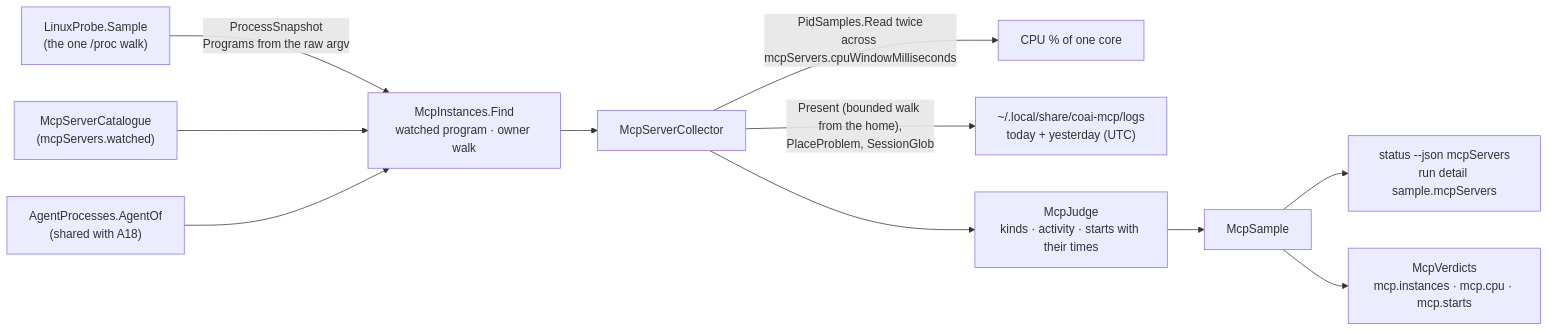
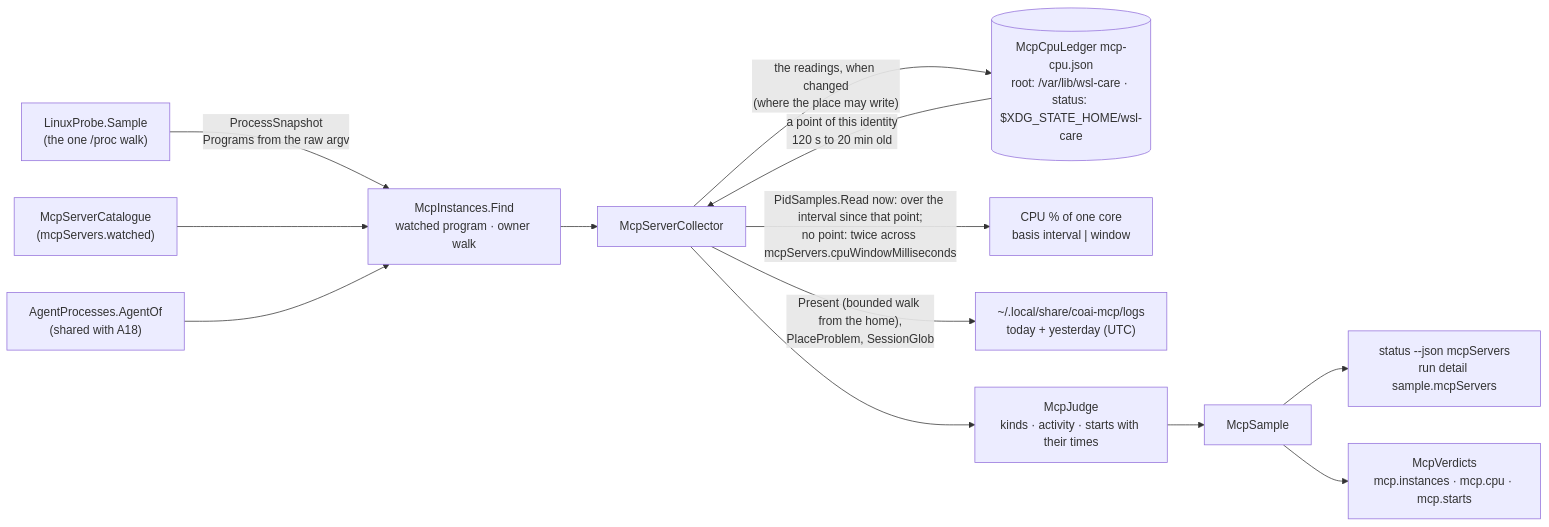
The diagram in research/module_mcp_servers.md (oleksandrdubyna88/wsl_care), drawn with Mermaid before and after one commit. The commit also changed other lines of this file and 31 other files, not shown here.

````diff
--- a/research/module_mcp_servers.md
+++ b/research/module_mcp_servers.md
@@ -21,13 +24,15 @@
 ```mermaid
 flowchart LR
     probe["LinuxProbe.Sample<br/>(the one /proc walk)"] -- "ProcessSnapshot<br/>Programs from the raw argv" --> find["McpInstances.Find<br/>watched program · owner walk"]
     catalogue["McpServerCatalogue<br/>(mcpServers.watched)"] --> find
     agentof["AgentProcesses.AgentOf<br/>(shared with A18)"] --> find
     find --> collector["McpServerCollector"]
-    collector -- "PidSamples.Read twice<br/>across mcpServers.cpuWindowMilliseconds" --> cpu["CPU % of one core"]
+    ledger[("McpCpuLedger mcp-cpu.json<br/>root: /var/lib/wsl-care · status: $XDG_STATE_HOME/wsl-care")] -- "a point of this identity<br/>120 s to 20 min old" --> collector
+    collector -- "the readings, when changed<br/>(where the place may write)" --> ledger
+    collector -- "PidSamples.Read now: over the interval since that point;<br/>no point: twice across mcpServers.cpuWindowMilliseconds" --> cpu["CPU % of one core<br/>basis interval | window"]
     collector -- "Present (bounded walk from the home),<br/>PlaceProblem, SessionGlob" --> logs["~/.local/share/coai-mcp/logs<br/>today + yesterday (UTC)"]
     collector --> judge["McpJudge<br/>kinds · activity · starts with their times"]
     judge --> sample["McpSample"]
     sample --> report["status --json mcpServers<br/>run detail sample.mcpServers"]
     sample --> verdicts["McpVerdicts<br/>mcp.instances · mcp.cpu · mcp.starts"]
 ```
````
